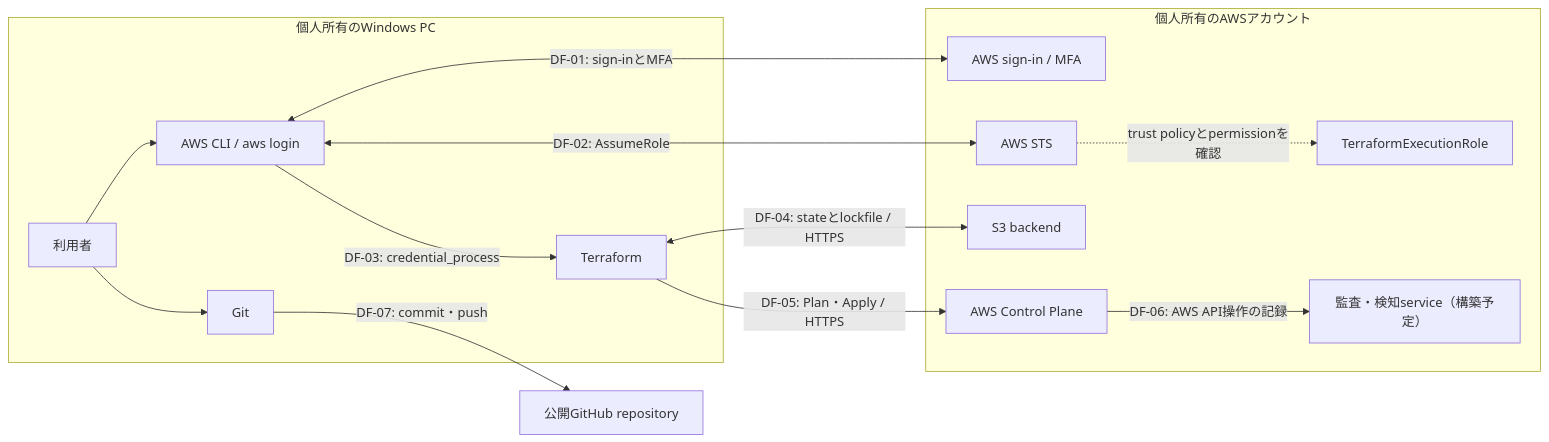
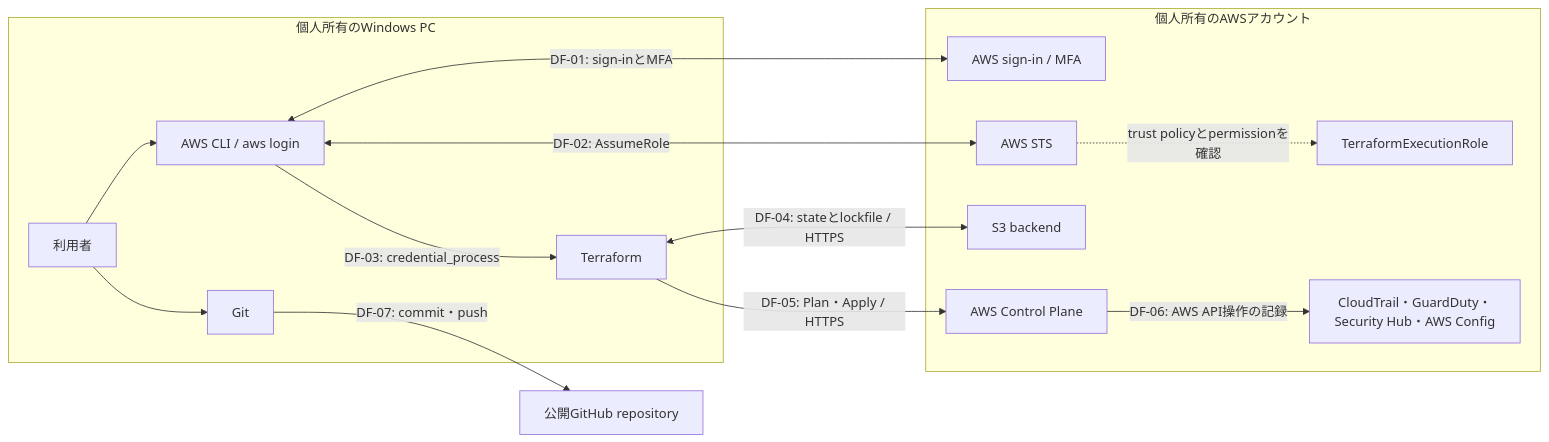
Before and after one commit to rartaty/Terraform-AWS-Security-Baseline: the diagram in docs/03_security_design.md, drawn with Mermaid. The commit also changed other lines of this file and 3 other files, not shown here.

````diff
--- a/docs/03_security_design.md
+++ b/docs/03_security_design.md
@@ -200,31 +202,31 @@
 ```mermaid
 flowchart LR
   subgraph LOCAL["個人所有のWindows PC"]
     USER["利用者"]
     CLI["AWS CLI / aws login"]
     TF["Terraform"]
     GIT["Git"]
   end
 
   subgraph AWS["個人所有のAWSアカウント"]
     AUTH["AWS sign-in / MFA"]
     STS["AWS STS"]
     ROLE["TerraformExecutionRole"]
     S3["S3 backend"]
     API["AWS Control Plane"]
-    LOGS["監査・検知service（構築予定）"]
+    LOGS["CloudTrail・GuardDuty・Security Hub・AWS Config"]
   end
 
   GH["公開GitHub repository"]
 
   USER --> CLI
   CLI <-->|"DF-01: sign-inとMFA"| AUTH
   CLI <-->|"DF-02: AssumeRole"| STS
   STS -.->|"trust policyとpermissionを確認"| ROLE
   CLI -->|"DF-03: credential_process"| TF
   TF <-->|"DF-04: stateとlockfile / HTTPS"| S3
   TF -->|"DF-05: Plan・Apply / HTTPS"| API
   API -->|"DF-06: AWS API操作の記録"| LOGS
   USER --> GIT
   GIT -->|"DF-07: commit・push"| GH
 ```
````
